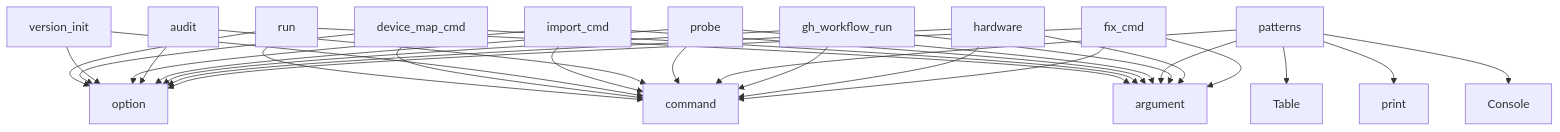
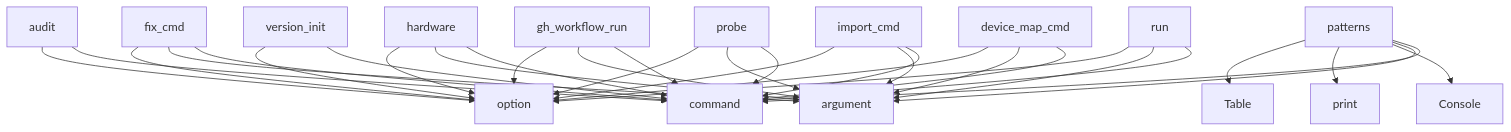
Before and after one commit to semcod/redeploy: the diagram in project/context.md, drawn with Mermaid. The commit also changed other lines of this file and 51 other files, not shown here.

````diff
--- a/project/context.md
+++ b/project/context.md
@@ -681,33 +685,33 @@
 ```mermaid
 graph TD
     run --> command
     run --> argument
     run --> option
     device_map_cmd --> command
     device_map_cmd --> argument
     device_map_cmd --> option
-    version_init --> command
-    version_init --> option
     import_cmd --> command
     import_cmd --> argument
     import_cmd --> option
+    version_init --> command
+    version_init --> option
     audit --> command
     audit --> option
     probe --> command
     probe --> argument
     probe --> option
     patterns --> command
     patterns --> argument
     patterns --> Console
     patterns --> print
     patterns --> Table
     gh_workflow_run --> command
     gh_workflow_run --> argument
     gh_workflow_run --> option
     hardware --> command
     hardware --> argument
     hardware --> option
     fix_cmd --> command
     fix_cmd --> argument
     fix_cmd --> option
 ```
````
